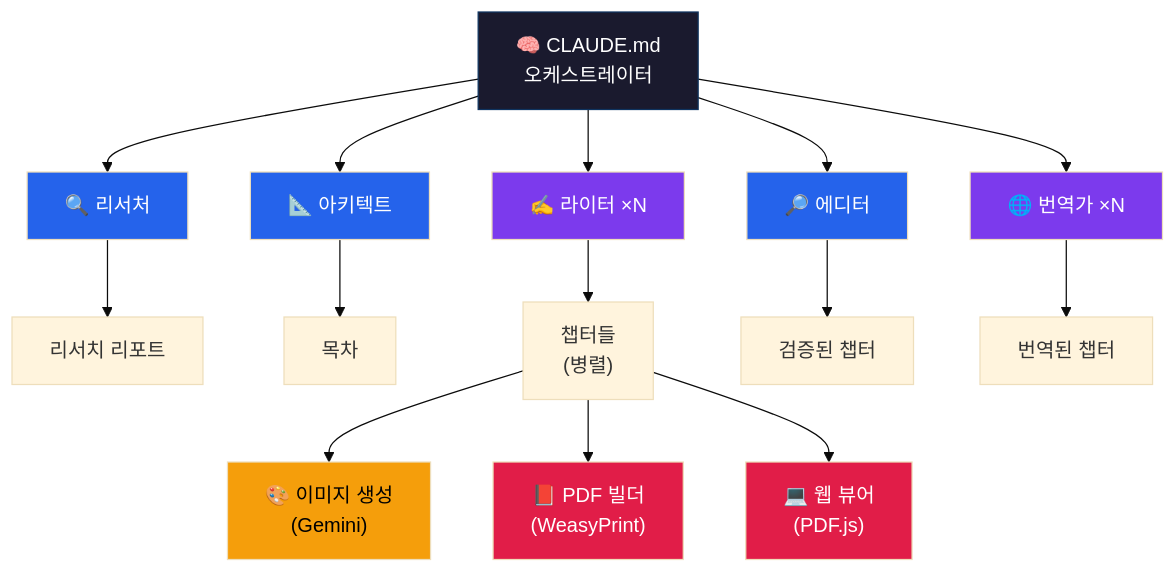
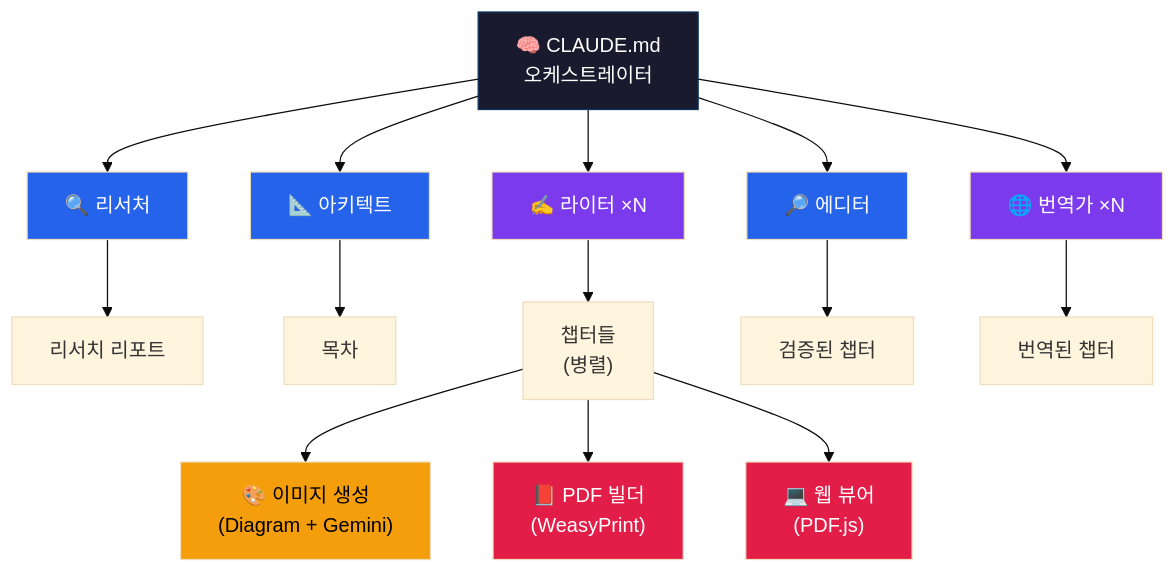
The first of 2 diagrams in README_KO.md (lowtidebuild/ebook-writer), drawn with Mermaid (base theme) before and after one commit. The commit also changed other lines of this file and 21 other files, not shown here.

````diff
--- a/README_KO.md
+++ b/README_KO.md
@@ -102,30 +102,30 @@
 ```mermaid
 graph TD
     O["🧠 CLAUDE.md<br/>오케스트레이터"]
 
     O --> R["🔍 리서처"]
     O --> A["📐 아키텍트"]
     O --> W["✍️ 라이터 ×N"]
     O --> Ed["🔎 에디터"]
     O --> Tr["🌐 번역가 ×N"]
 
     R --> RR["리서치 리포트"]
     A --> ToC["목차"]
     W --> Ch["챕터들<br/>(병렬)"]
     Ed --> VC["검증된 챕터"]
     Tr --> TC["번역된 챕터"]
 
-    Ch --> IG["🎨 이미지 생성<br/>(Gemini)"]
+    Ch --> IG["🎨 이미지 생성<br/>(Diagram + Gemini)"]
     Ch --> PB["📕 PDF 빌더<br/>(WeasyPrint)"]
     Ch --> WV["💻 웹 뷰어<br/>(PDF.js)"]
 
     style O fill:#1a1a2e,color:#fff,stroke:#0f3460
     style R fill:#2563eb,color:#fff
     style A fill:#2563eb,color:#fff
     style W fill:#7c3aed,color:#fff
     style Ed fill:#2563eb,color:#fff
     style Tr fill:#7c3aed,color:#fff
     style IG fill:#f59e0b,color:#000
     style PB fill:#e11d48,color:#fff
     style WV fill:#e11d48,color:#fff
 ```
````
